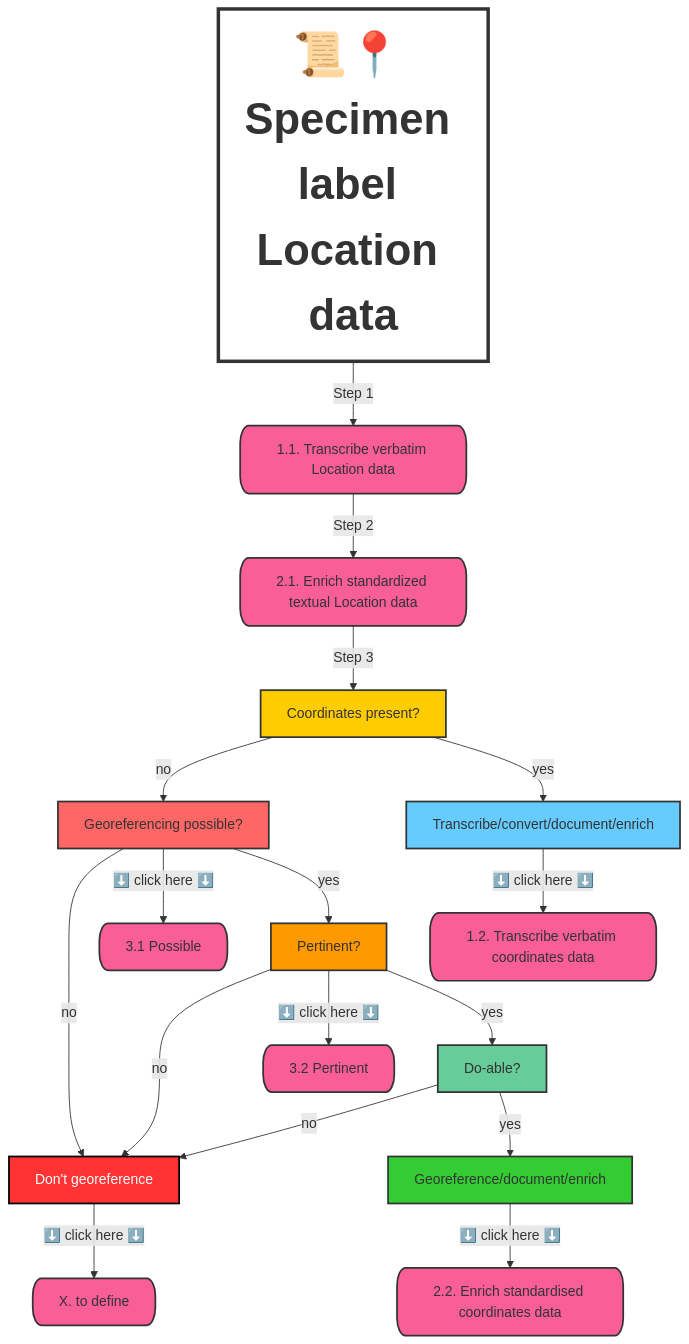
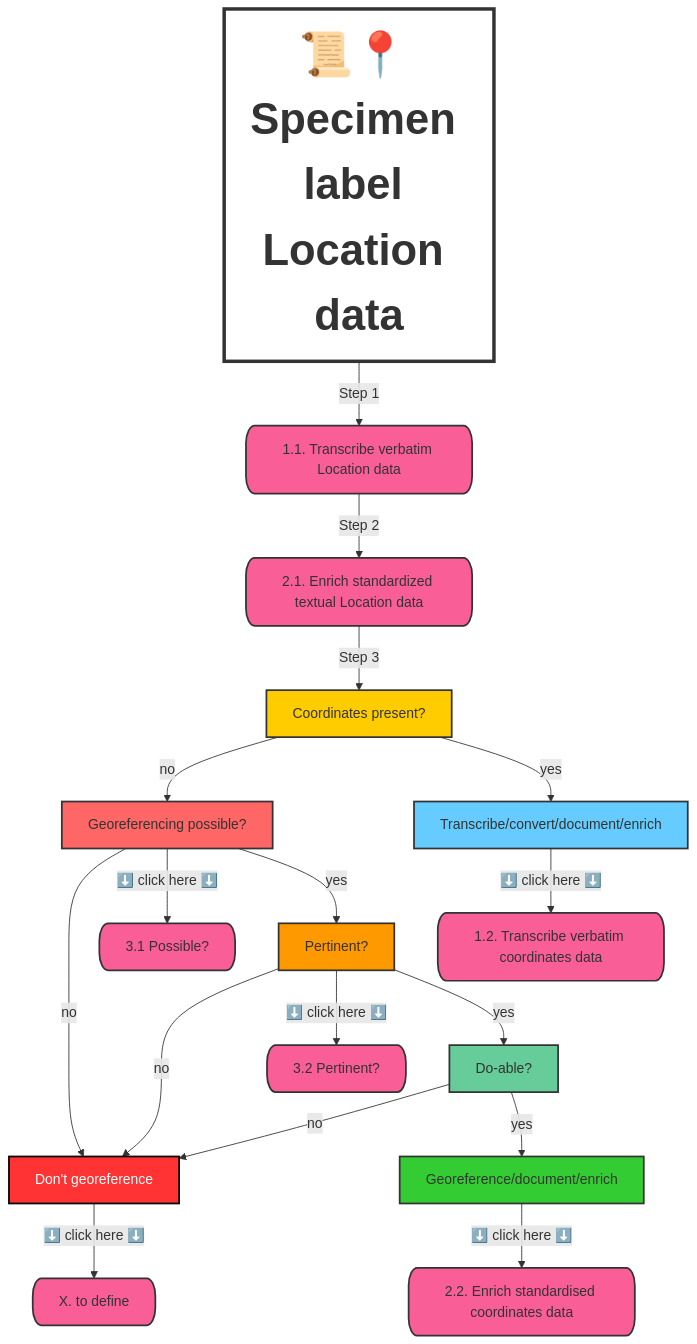
The diagram in en/thematicCommunities/GEOREFERENCING/geo_protocole.md (gbif/hp-swissnatcoll), drawn with Mermaid before and after one commit. The commit also changed other lines of this file, not shown here.

```diff
--- a/en/thematicCommunities/GEOREFERENCING/geo_protocole.md
+++ b/en/thematicCommunities/GEOREFERENCING/geo_protocole.md
@@ -36,48 +36,48 @@
 <div class="mermaid">
 graph TD;
     Start[📜📍 Specimen label Location data] --> |Step 1| Step1[1.1. Transcribe verbatim Location data];
     Step1 --> |Step 2| Step2[2.1. Enrich standardized textual Location data];
 
     %% Decision Graph in Step 3
     Step2 --> |Step 3| HasCoord[Coordinates present?];
     HasCoord[Coordinates present?] -->|no| GeoPoss[Georeferencing possible?];
     HasCoord -->|yes| TransVerbCoo[Transcribe/convert/document/enrich];
     GeoPoss --> |no| NoGeoref[Don't georeference];
-    GeoPoss -->|⬇️ click here ⬇️| Link3[3.1 Possible];
+    GeoPoss -->|⬇️ click here ⬇️| Link3[3.1 Possible?];
     GeoPoss --> |yes| GeorefPert[Pertinent?];
     GeorefPert --> |no| NoGeoref;
-    GeorefPert -->|⬇️ click here ⬇️| Link4[3.2 Pertinent];
+    GeorefPert -->|⬇️ click here ⬇️| Link4[3.2 Pertinent?];
     GeorefPert --> |yes| GeorefDoable[Do-able?];
     GeorefDoable --> |no| NoGeoref;
     GeorefDoable --> |yes| Georef[Georeference/document/enrich];
     TransVerbCoo -->|⬇️ click here ⬇️| Link1[1.2. Transcribe verbatim coordinates data];
     Georef -->|⬇️ click here ⬇️| Link2[2.2. Enrich standardised coordinates data];
     NoGeoref -->|⬇️ click here ⬇️| Link5[X. to define];
 
     %% Apply Colors
     style Start fill:#FFFFFF,stroke:#333,stroke-width:4px,font-weight:bold,font-size:50px;;
     style HasCoord fill:#ffcc00,stroke:#333,stroke-width:2px;
     style GeoPoss fill:#ff6666,stroke:#333,stroke-width:2px;
     style TransVerbCoo fill:#66ccff,stroke:#333,stroke-width:2px;
     style NoGeoref fill:#ff3333,stroke:#000,stroke-width:2px,color:white;
     style GeorefPert fill:#ff9900,stroke:#333,stroke-width:2px;
     style GeorefDoable fill:#66cc99,stroke:#333,stroke-width:2px;
     style Georef fill:#33cc33,stroke:#333,stroke-width:2px;
     style Link1 fill:#FA5E97,stroke:#333,stroke-width:2px,rx:10px,ry:20px;
     style Link2 fill:#FA5E97,stroke:#333,stroke-width:2px,rx:10px,ry:20px;
     style Link3 fill:#FA5E97,stroke:#333,stroke-width:2px,rx:10px,ry:20px;
     style Link4 fill:#FA5E97,stroke:#333,stroke-width:2px,rx:10px,ry:20px;
     style Link5 fill:#FA5E97,stroke:#333,stroke-width:2px,rx:10px,ry:20px;
     style Step1 fill:#FA5E97,stroke:#333,stroke-width:2px,rx:10px,ry:20px;
     style Step2 fill:#FA5E97,stroke:#333,stroke-width:2px,rx:10px,ry:20px;
 
     
     %% Define the hyperlink
     click Link1 "/en/geo-protocole#12-transcribe-verbatim-coordinates-data"
     click Link2 "/en/geo-protocole#22-enrich-standardised-coordinates-data"
     click Link3 "/en/geo-protocole#31-possible"
     click Link4 "/en/geo-protocole#31-pertinent"
     click Link5 "/en/geo-protocole"
     click Step1 "/en/geo-protocole#11-step-1-transcribe-verbatim-location-data"
     click Step2 "/en/geo-protocole#21-enrich-standardised-textual-location-data"
 </div>
```
